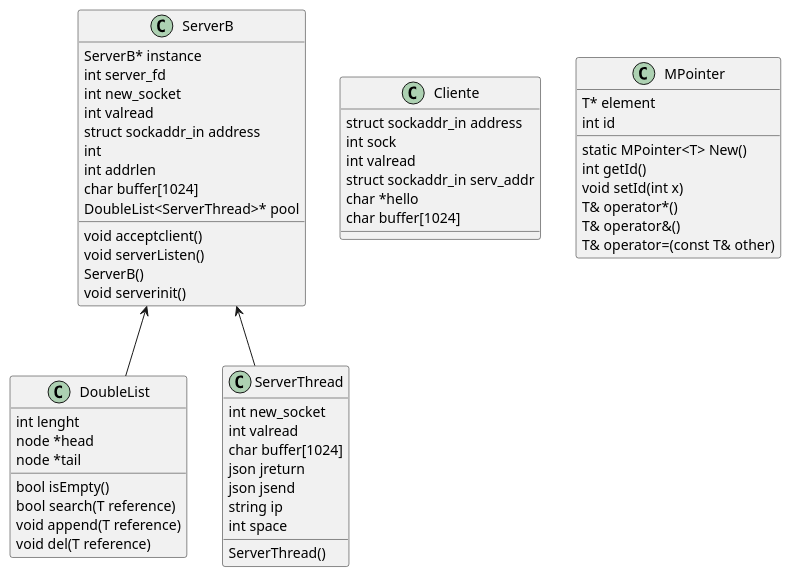
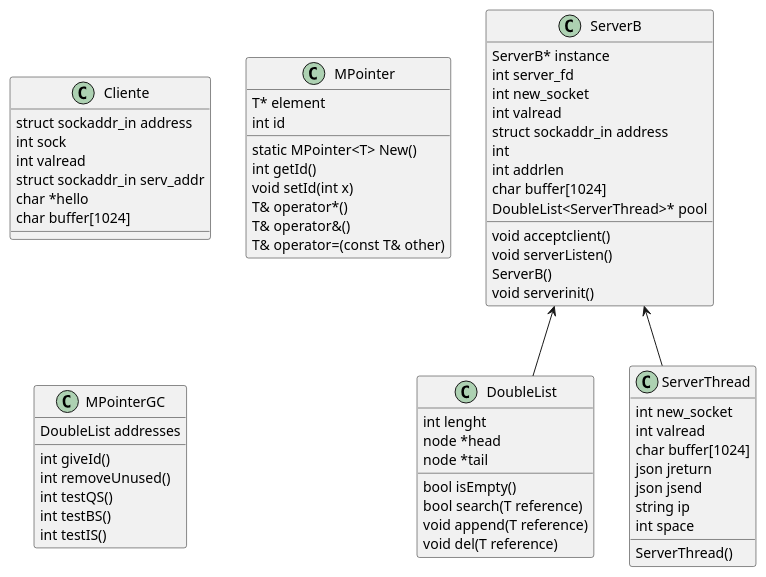
One commit to Abstractize/MServer changed the diagram in Class Diagram.puml. Above: the diagram before and after it, drawn with PlantUML. The commit also changed 8 other files, not shown here.

Commit message:
Error on DoubleList

```diff
--- a/Class Diagram.puml
+++ b/Class Diagram.puml
@@ -1,62 +1,70 @@
 @startuml
 
 ServerB <-- DoubleList
 ServerB <-- ServerThread
 
 class DoubleList{
     int lenght
     node *head
     node *tail
     bool isEmpty()
     bool search(T reference)
     void append(T reference)
     void del(T reference)
 }
 class ServerB{
     ServerB* instance
     int server_fd
     int new_socket
     int valread
     struct sockaddr_in address
     int
     int addrlen
     char buffer[1024]
     DoubleList<ServerThread>* pool
     void acceptclient()
     void serverListen()
     ServerB()
     void serverinit()
 }
 class ServerThread{
     int new_socket
     int valread
     char buffer[1024]
     json jreturn
     json jsend
     string ip
     int space
     ServerThread()
 }
 class Cliente{
 
 struct sockaddr_in address
 int sock
 int valread
 struct sockaddr_in serv_addr
 char *hello
 char buffer[1024]
 
 }
 class MPointer{
 
 T* element
 int id
 
 static MPointer<T> New()
 int getId()
 void setId(int x)
 T& operator*()
 T& operator&()
 T& operator=(const T& other)
-    }
+}
+class MPointerGC {
+    DoubleList addresses
+    int giveId()
+    int removeUnused()
+    int testQS()
+    int testBS()
+    int testIS()
+}
 @enduml
```
